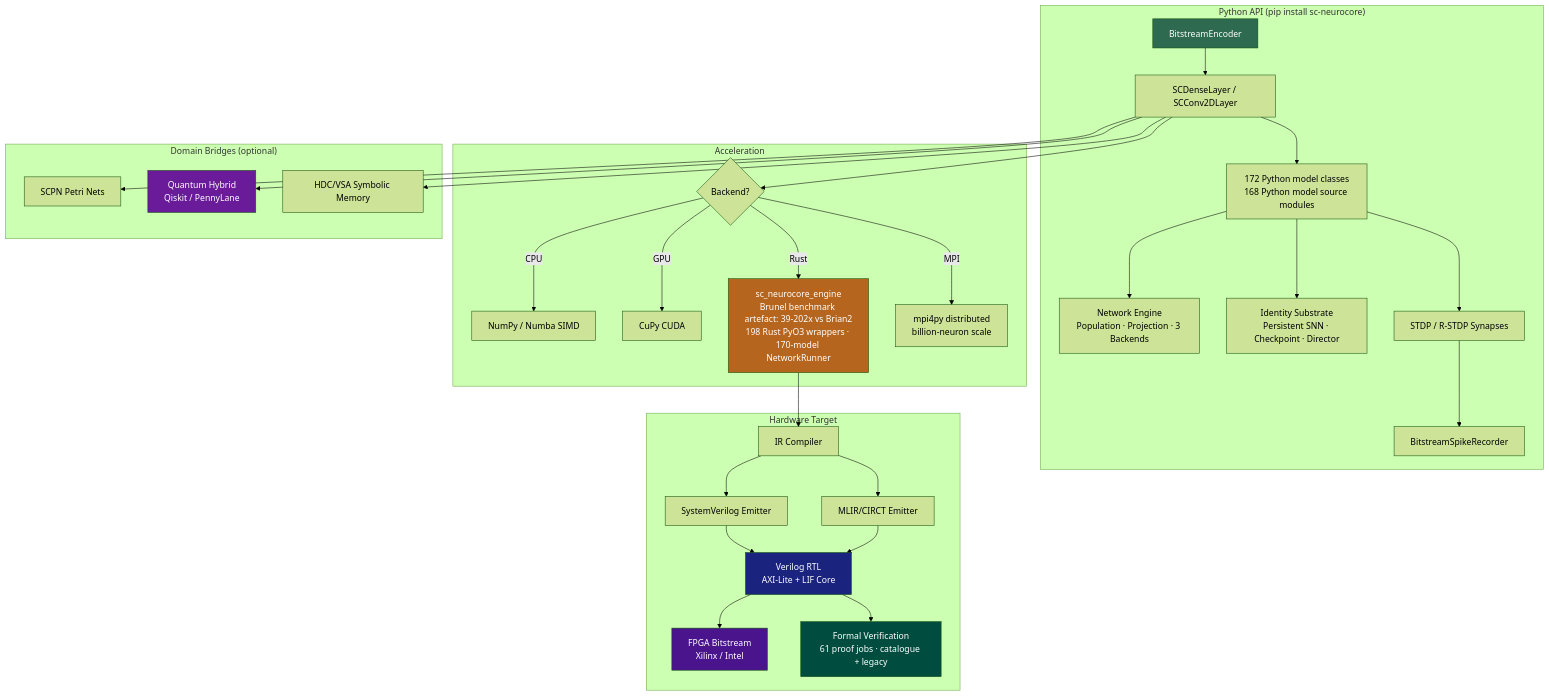
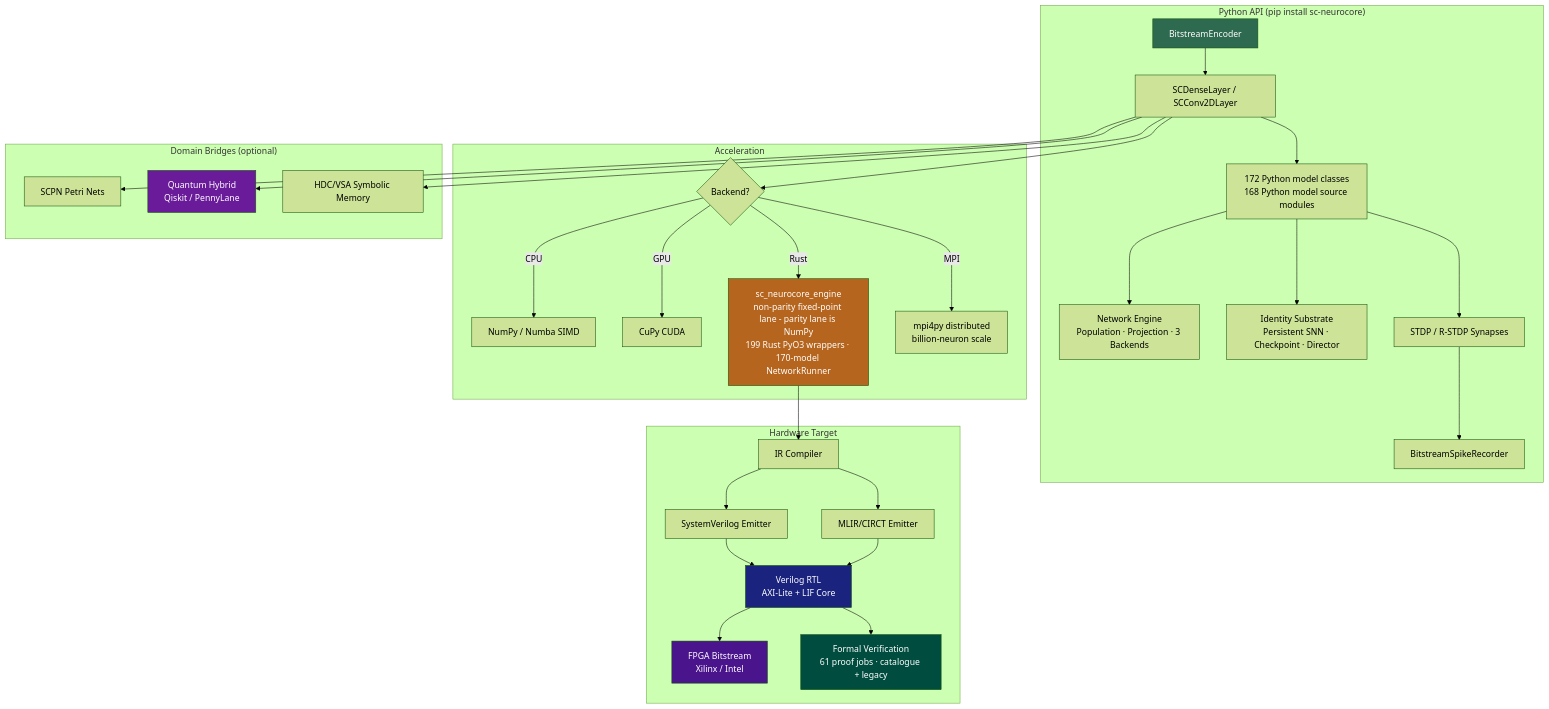
The diagram in README.md (anulum/sc-neurocore), drawn with Mermaid (forest theme) before and after one commit. The commit also changed other lines of this file and 6 other files, not shown here.

````diff
--- a/README.md
+++ b/README.md
@@ -374,42 +380,42 @@
 ```mermaid
 graph TD
     subgraph "Python API (pip install sc-neurocore)"
         A[BitstreamEncoder] --> B[SCDenseLayer / SCConv2DLayer]
         B --> C[172 Python model classes<br/>168 Python model source modules]
         C --> NET[Network Engine<br/>Population · Projection · 3 Backends]
         C --> ID[Identity Substrate<br/>Persistent SNN · Checkpoint · Director]
         C --> D[STDP / R-STDP Synapses]
         D --> E[BitstreamSpikeRecorder]
     end
 
     subgraph "Acceleration"
         B --> F{Backend?}
         F -->|CPU| G[NumPy / Numba SIMD]
         F -->|GPU| H[CuPy CUDA]
-        F -->|Rust| I[sc_neurocore_engine<br/>Brunel benchmark artefact: 39-202x vs Brian2<br/>198 Rust PyO3 wrappers · 170-model NetworkRunner]
+        F -->|Rust| I[sc_neurocore_engine<br/>non-parity fixed-point lane - parity lane is NumPy<br/>199 Rust PyO3 wrappers · 170-model NetworkRunner]
         F -->|MPI| MPI[mpi4py distributed<br/>billion-neuron scale]
     end
 
     subgraph "Hardware Target"
         I --> J[IR Compiler]
         J --> K[SystemVerilog Emitter]
         J --> K2[MLIR/CIRCT Emitter]
         K --> L[Verilog RTL<br/>AXI-Lite + LIF Core]
         K2 --> L
         L --> M[FPGA Bitstream<br/>Xilinx / Intel]
         L --> V[Formal Verification<br/>61 proof jobs · catalogue + legacy]
     end
 
     subgraph "Domain Bridges (optional)"
         B --> N[SCPN Petri Nets]
         B --> O[Quantum Hybrid<br/>Qiskit / PennyLane]
         B --> P[HDC/VSA Symbolic Memory]
     end
 
     style A fill:#2d6a4f,color:#fff
     style I fill:#b5651d,color:#fff
     style L fill:#1a237e,color:#fff
     style M fill:#4a148c,color:#fff
     style O fill:#6a1b9a,color:#fff
     style V fill:#004d40,color:#fff
 ```
````
